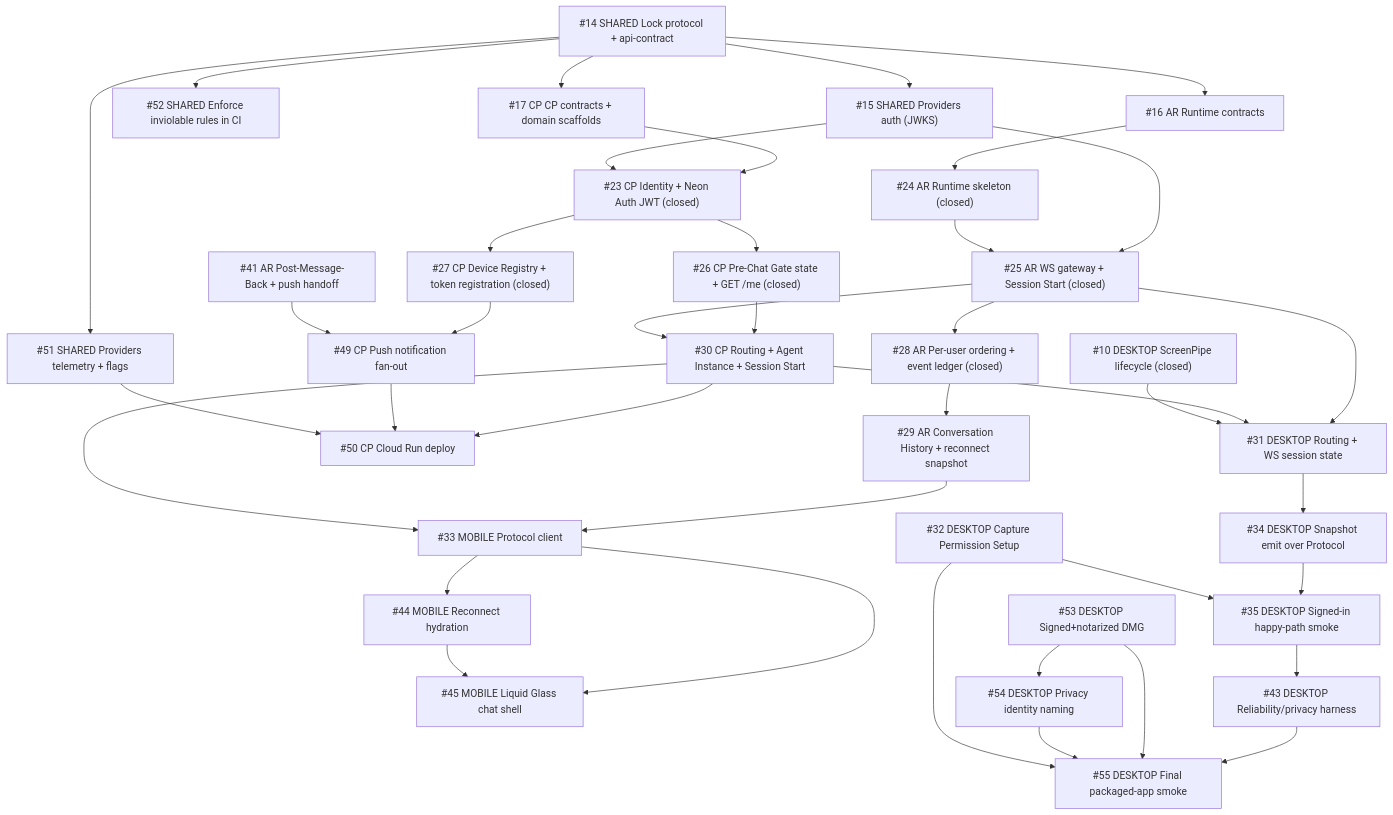
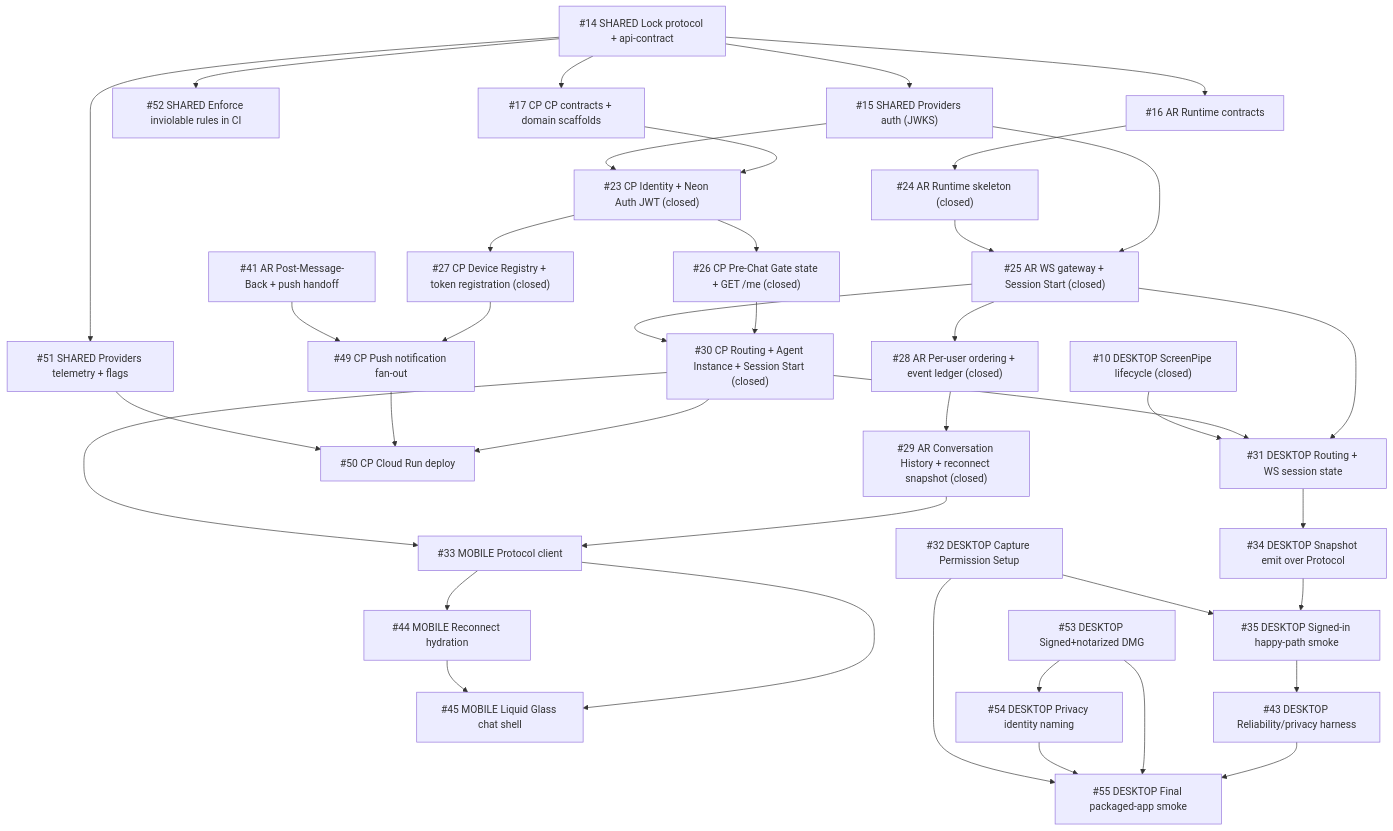
The diagram in docs/ISSUE-BOARD.md (sruj75/Intentive), drawn with Mermaid before and after one commit. The commit also changed other lines of this file and 34 other files, not shown here.

First line of the commit message:
feat(control-plane): GET /agent routing and Agent Instance Registry (#30) (#68)

````diff
--- a/docs/ISSUE-BOARD.md
+++ b/docs/ISSUE-BOARD.md
@@ -28,48 +28,48 @@
 ```mermaid
 flowchart TD
   N08["#14 SHARED Lock protocol + api-contract"] --> N09["#15 SHARED Providers auth (JWKS)"]
   N08 --> N45["#51 SHARED Providers telemetry + flags"]
   N08 --> N46["#52 SHARED Enforce inviolable rules in CI"]
 
   N08 --> N10["#16 AR Runtime contracts"]
   N08 --> N11["#17 CP CP contracts + domain scaffolds"]
 
   N10 --> N18["#24 AR Runtime skeleton (closed)"]
   N09 --> N19
   N18 --> N19["#25 AR WS gateway + Session Start (closed)"]
   N19 --> N22["#28 AR Per-user ordering + event ledger (closed)"]
-  N22 --> N23["#29 AR Conversation History + reconnect snapshot"]
+  N22 --> N23["#29 AR Conversation History + reconnect snapshot (closed)"]
 
   N11 --> N17["#23 CP Identity + Neon Auth JWT (closed)"]
   N09 --> N17
   N17 --> N20["#26 CP Pre-Chat Gate state + GET /me (closed)"]
   N17 --> N21["#27 CP Device Registry + token registration (closed)"]
-  N20 --> N24["#30 CP Routing + Agent Instance + Session Start"]
+  N20 --> N24["#30 CP Routing + Agent Instance + Session Start (closed)"]
   N19 --> N24
   N21 --> N43["#49 CP Push notification fan-out"]
   N35["#41 AR Post-Message-Back + push handoff"] --> N43
   N24 --> N44["#50 CP Cloud Run deploy"]
   N43 --> N44
   N45 --> N44
 
   N23 --> N27["#33 MOBILE Protocol client"]
   N24 --> N27
   N27 --> N38["#44 MOBILE Reconnect hydration"]
   N27 --> N39["#45 MOBILE Liquid Glass chat shell"]
   N38 --> N39
 
   N19 --> N25["#31 DESKTOP Routing + WS session state"]
   N24 --> N25
   N04["#10 DESKTOP ScreenPipe lifecycle (closed)"] --> N25
   N25 --> N28["#34 DESKTOP Snapshot emit over Protocol"]
   N28 --> N29["#35 DESKTOP Signed-in happy-path smoke"]
 
   N47["#53 DESKTOP Signed+notarized DMG"] --> N48["#54 DESKTOP Privacy identity naming"]
   N26["#32 DESKTOP Capture Permission Setup"] --> N29
   N49["#55 DESKTOP Final packaged-app smoke"]
   N29 --> N37["#43 DESKTOP Reliability/privacy harness"]
   N37 --> N49
   N47 --> N49
   N48 --> N49
   N26 --> N49
 ```
````
